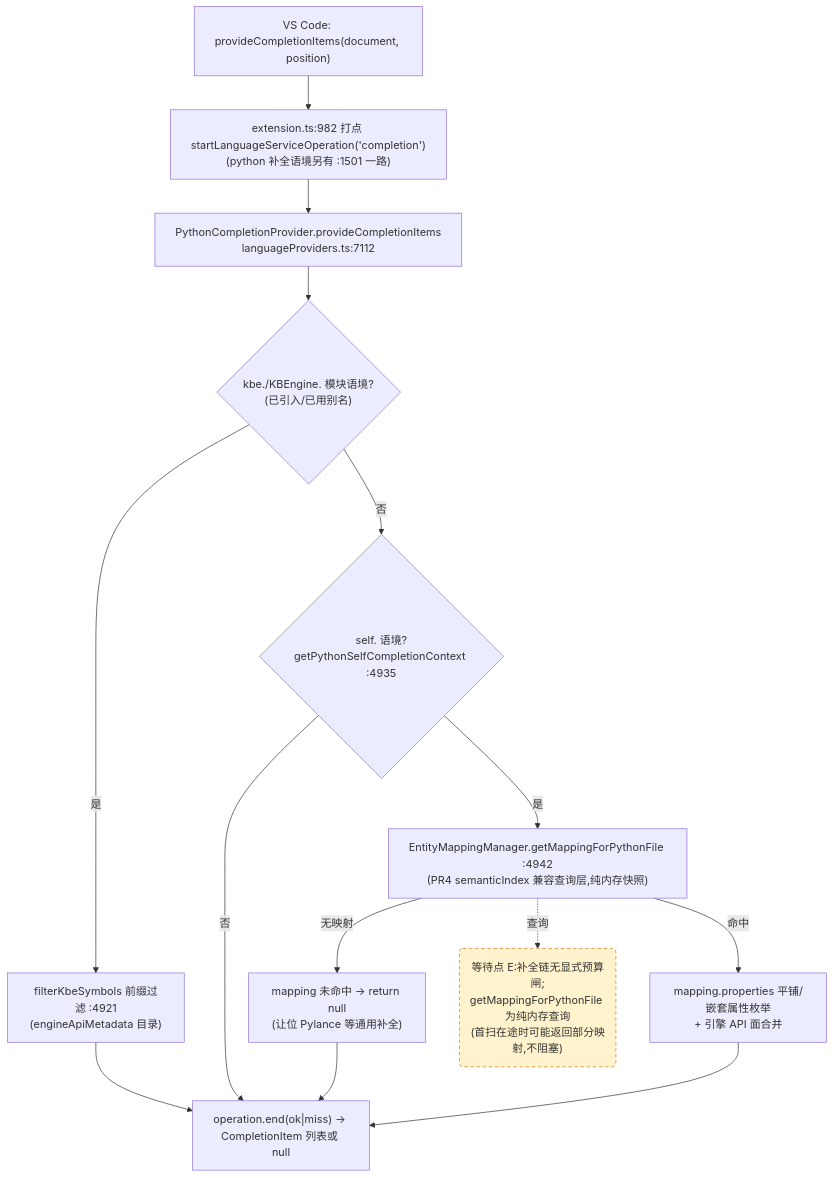
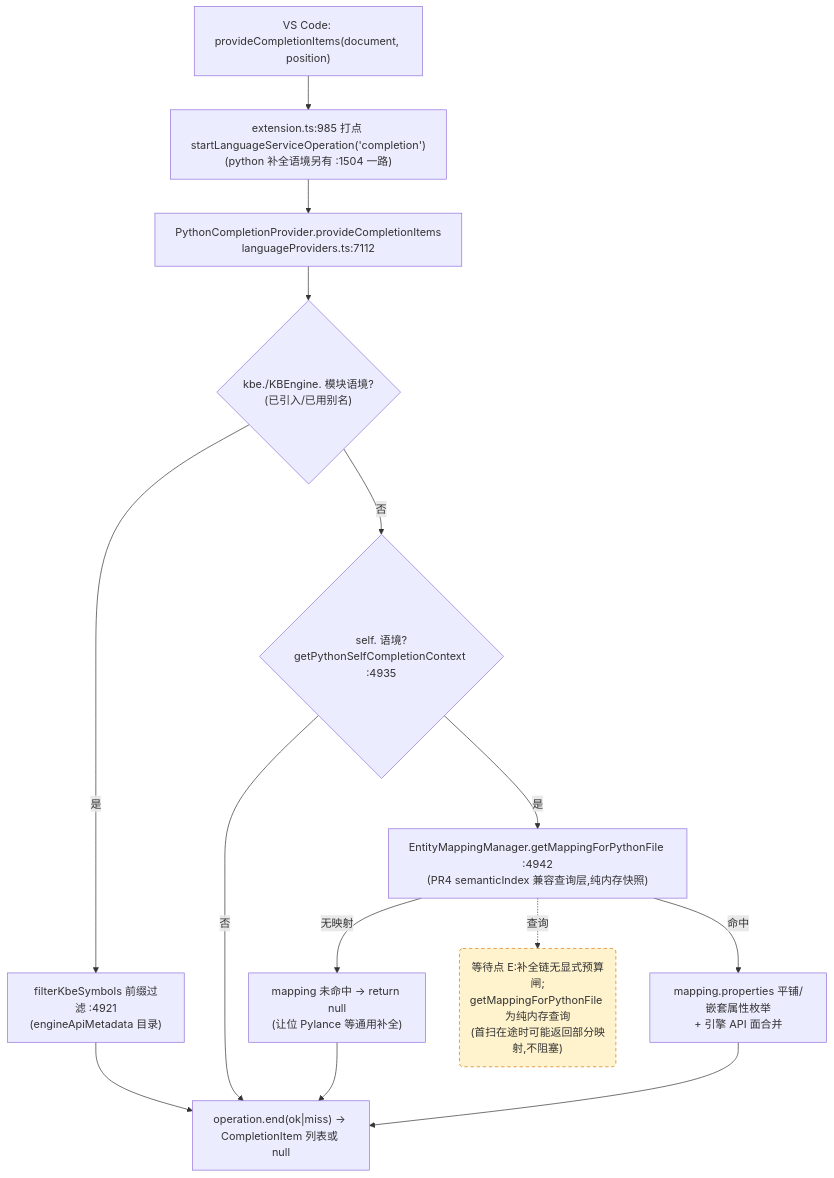
Before and after one commit to cuihairu/kode: the third of 4 diagrams in docs/perf/2026-baseline.md, drawn with Mermaid. The commit also changed other lines of this file and 6 other files, not shown here.

````diff
--- a/docs/perf/2026-baseline.md
+++ b/docs/perf/2026-baseline.md
@@ -184,27 +184,27 @@
 ```mermaid
 flowchart TD
   VC3["VS Code: provideCompletionItems(document, position)"]
-  M3["extension.ts:982 打点 startLanguageServiceOperation('completion')<br/>(python 补全语境另有 :1501 一路)"]
+  M3["extension.ts:985 打点 startLanguageServiceOperation('completion')<br/>(python 补全语境另有 :1504 一路)"]
   CP["PythonCompletionProvider.provideCompletionItems<br/>languageProviders.ts:7112"]
   KBEC{"kbe./KBEngine. 模块语境?<br/>(已引入/已用别名)"}
   FILTER["filterKbeSymbols 前缀过滤 :4921<br/>(engineApiMetadata 目录)"]
   SELFC{"self. 语境?<br/>getPythonSelfCompletionContext :4935"}
   MAP["EntityMappingManager.getMappingForPythonFile :4942<br/>(PR4 semanticIndex 兼容查询层,纯内存快照)"]
   NOMAP["mapping 未命中 → return null<br/>(让位 Pylance 等通用补全)"]
   PROPS["mapping.properties 平铺/嵌套属性枚举<br/>+ 引擎 API 面合并"]
   END3["operation.end(ok|miss) → CompletionItem 列表或 null"]
 
   VC3 --> M3 --> CP --> KBEC
   KBEC -- "是" --> FILTER --> END3
   KBEC -- "否" --> SELFC
   SELFC -- "否" --> END3
   SELFC -- "是" --> MAP
   MAP -- "无映射" --> NOMAP --> END3
   MAP -- "命中" --> PROPS --> END3
 
   WAITE("等待点 E:补全链无显式预算闸;<br/>getMappingForPythonFile 为纯内存查询<br/>(首扫在途时可能返回部分映射,不阻塞)")
   MAP -.->|查询| WAITE
 
   classDef waitPoint fill:#fff3cd,stroke:#d97706,stroke-dasharray:5 4;
   class WAITE waitPoint;
 ```
````
